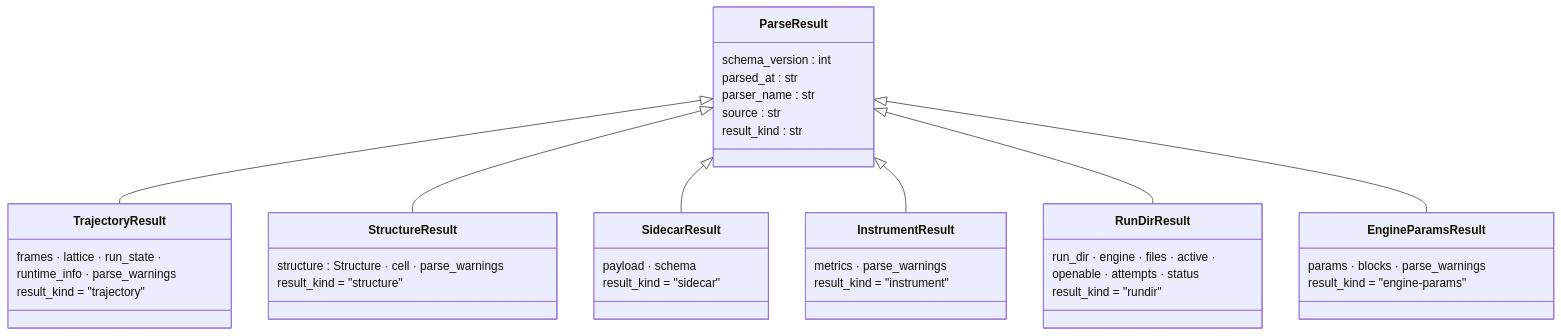
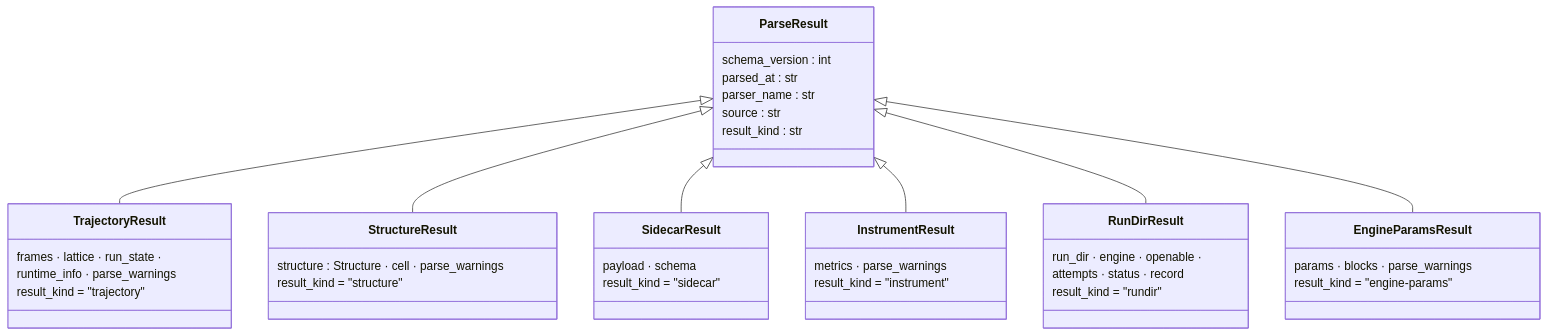
Before and after one commit to Qing-LAB/molbuilder: the first of 5 diagrams in docs/model/parse.md, drawn with Mermaid. The commit also changed other lines of this file and 16 other files, not shown here.

````diff
--- a/docs/model/parse.md
+++ b/docs/model/parse.md
@@ -84,42 +86,42 @@
 ```mermaid
 classDiagram
     class ParseResult {
         schema_version : int
         parsed_at : str
         parser_name : str
         source : str
         result_kind : str
     }
     class TrajectoryResult {
         frames · lattice · run_state ·
         runtime_info · parse_warnings
         result_kind = "trajectory"
     }
     class StructureResult {
         structure : Structure · cell · parse_warnings
         result_kind = "structure"
     }
     class SidecarResult {
         payload · schema
         result_kind = "sidecar"
     }
     class InstrumentResult {
         metrics · parse_warnings
         result_kind = "instrument"
     }
     class RunDirResult {
-        run_dir · engine · files · active ·
-        openable · attempts · status
+        run_dir · engine · openable ·
+        attempts · status · record
         result_kind = "rundir"
     }
     class EngineParamsResult {
         params · blocks · parse_warnings
         result_kind = "engine-params"
     }
     ParseResult <|-- TrajectoryResult
     ParseResult <|-- StructureResult
     ParseResult <|-- SidecarResult
     ParseResult <|-- InstrumentResult
     ParseResult <|-- RunDirResult
     ParseResult <|-- EngineParamsResult
 ```
````
